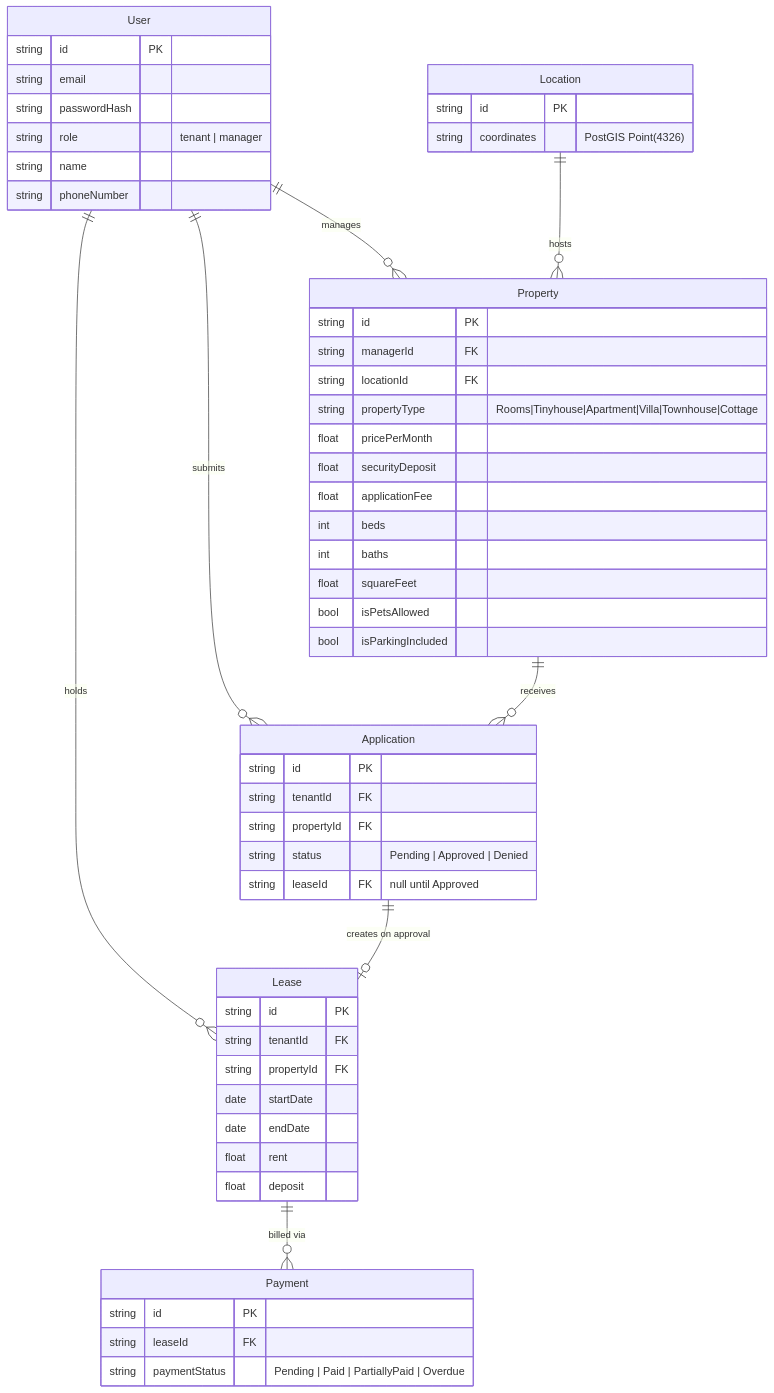
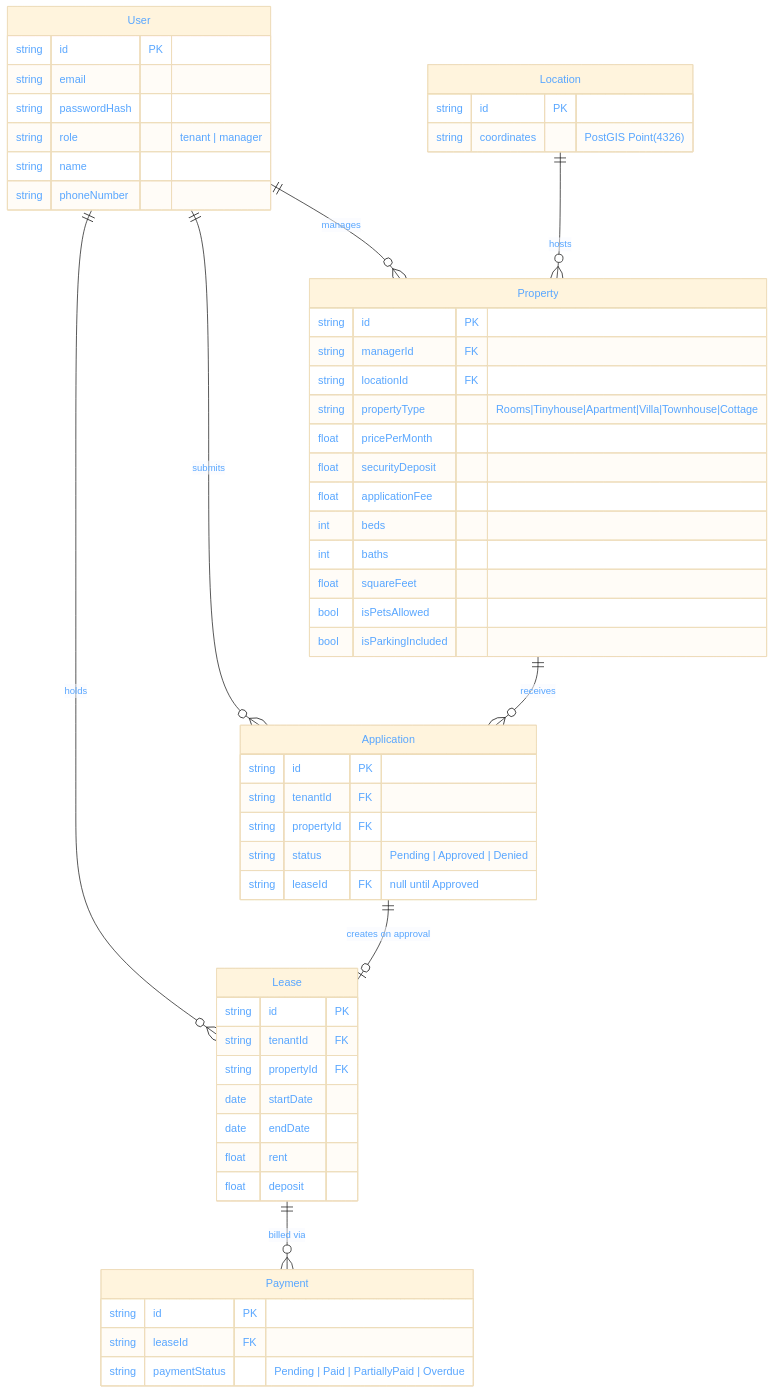
The second of 2 diagrams in README.md (cirostackdev/RENTIFUL), drawn with Mermaid before and after one commit.

Commit message:
docs: set ERD table name color to github blue via theme init

````diff
--- a/README.md
+++ b/README.md
@@ -137,58 +137,59 @@
 ```mermaid
+%%{init: {'theme': 'base', 'themeVariables': {'primaryTextColor': '#58a6ff'}}}%%
 erDiagram
     User {
         string id PK
         string email
         string passwordHash
         string role "tenant | manager"
         string name
         string phoneNumber
     }
     Location {
         string id PK
         string coordinates "PostGIS Point(4326)"
     }
     Property {
         string id PK
         string managerId FK
         string locationId FK
         string propertyType "Rooms|Tinyhouse|Apartment|Villa|Townhouse|Cottage"
         float pricePerMonth
         float securityDeposit
         float applicationFee
         int beds
         int baths
         float squareFeet
         bool isPetsAllowed
         bool isParkingIncluded
     }
     Application {
         string id PK
         string tenantId FK
         string propertyId FK
         string status "Pending | Approved | Denied"
         string leaseId FK "null until Approved"
     }
     Lease {
         string id PK
         string tenantId FK
         string propertyId FK
         date startDate
         date endDate
         float rent
         float deposit
     }
     Payment {
         string id PK
         string leaseId FK
         string paymentStatus "Pending | Paid | PartiallyPaid | Overdue"
     }
 
     User ||--o{ Property        : "manages"
     User ||--o{ Application     : "submits"
     User ||--o{ Lease           : "holds"
     Location ||--o{ Property    : "hosts"
     Property ||--o{ Application : "receives"
     Application ||--o| Lease    : "creates on approval"
     Lease ||--o{ Payment        : "billed via"
 ```
````
